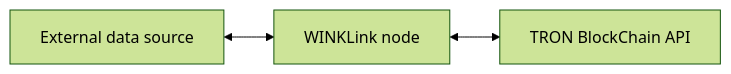
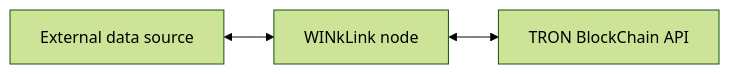
One commit to wink-link/winklink-doc changed the first of 3 diagrams in docs/en/architecture.md. Above: the diagram before and after it, drawn with Mermaid (forest theme). The commit also changed other lines of this file and 19438 other files, not shown here.

Commit message:
rename as WINkLink

````diff
--- a/docs/en/architecture.md
+++ b/docs/en/architecture.md
@@ -6,4 +6,4 @@
 ```mermaid
 flowchart LR
-    A[External data source] <--> B[WINKLink node] <--> C[TRON BlockChain API]
+    A[External data source] <--> B[WINkLink node] <--> C[TRON BlockChain API]
 ```
````
